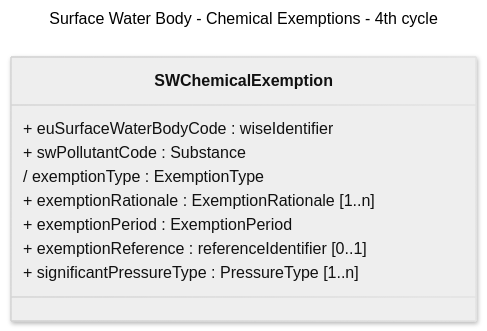
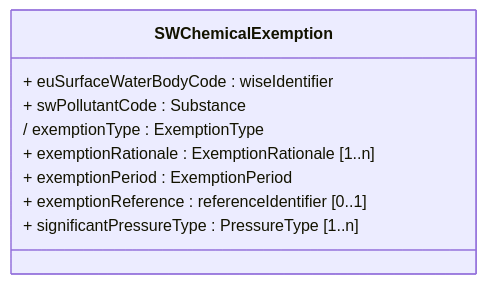
Before and after one commit to eeadata/WISE.WFD.Documentation: the fourth of 9 diagrams in docs/DataModelReview/WFDExemptions.md, drawn with Mermaid. The commit also changed other lines of this file and 7 other files, not shown here.

Commit message:
Proposed changes for the WFD Exemptions - now with the diagrams.

````diff
--- a/docs/DataModelReview/WFDExemptions.md
+++ b/docs/DataModelReview/WFDExemptions.md
@@ -133,21 +147,15 @@
 ```{mermaid}
----
-config:
-  class:
-    hideEmptyMembersBox: true
-  layout: dagre
-  theme: neutral
-  look: neo
-title: Surface Water Body - Chemical Exemptions - 4th cycle
----
+:name: SWChemicalExemptionClass
+:caption: Surface Water Body - Chemical Exemption - 4th cycle
+:align: center
 classDiagram
 class SWChemicalExemption{
     + euSurfaceWaterBodyCode : wiseIdentifier
     + swPollutantCode : Substance
     / exemptionType : ExemptionType
     + exemptionRationale : ExemptionRationale [1..n]
     + exemptionPeriod : ExemptionPeriod
     + exemptionReference : referenceIdentifier [0..1]
     + significantPressureType : PressureType [1..n]
 }
 ```
````
